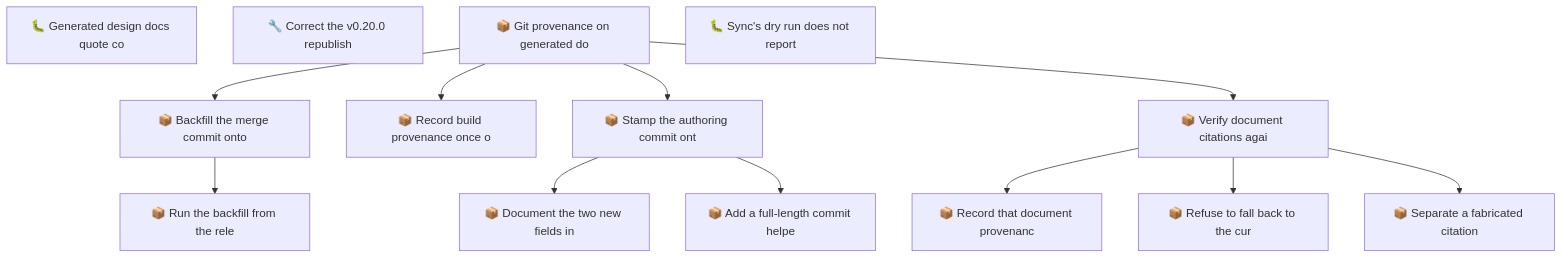
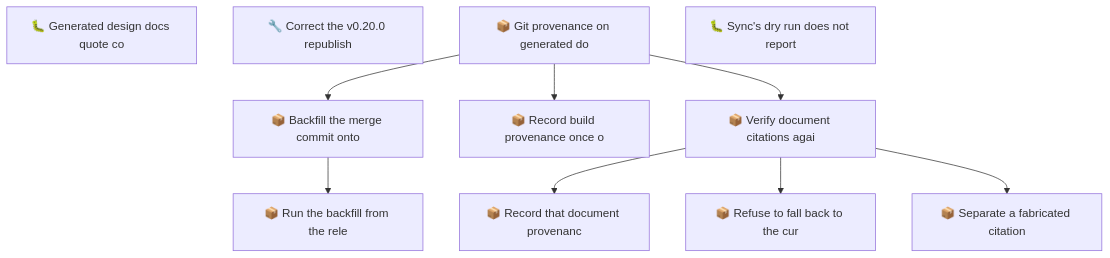
One commit to SpillwaveSolutions/wiki_ticket_sdd changed the second of 2 diagrams in docs/roadmap.md. Above: the diagram before and after it, drawn with Mermaid. The commit also changed other lines of this file and 19 other files, not shown here.

````diff
--- a/docs/roadmap.md
+++ b/docs/roadmap.md
@@ -96,27 +87,21 @@
 ```mermaid
 graph TD
     01KZ2M75CEXBQHFN1AG1Z8A2YB["🐛 Generated design docs quote co"]
     01KZ2PJZF067ZS4YW231C1FM28["🔧 Correct the v0.20.0 republish"]
     01KZ30X6HZ6FKJXJX386J44CB1["📦 Git provenance on generated do"]
     01KZ30X6JE0QSQF6BE8S0YRPBW["📦 Backfill the merge commit onto"]
     01KZ30X6JE1ERVS43QVXEEGVXA["📦 Record build provenance once o"]
     01KZ30X6JE8542ERDW1B8A9P8H["📦 Run the backfill from the rele"]
     01KZ30X6JEBXN08HQTQ77ESSTV["📦 Record that document provenanc"]
-    01KZ30X6JECK0M9G04ZHMS4SMA["📦 Stamp the authoring commit ont"]
     01KZ30X6JEETVQZG7YYFM7B998["📦 Refuse to fall back to the cur"]
     01KZ30X6JEF29Z5AEEWXBSJWHV["📦 Verify document citations agai"]
-    01KZ30X6JEH1Z7D5AC5ZAMM5V8["📦 Document the two new fields in"]
     01KZ30X6JEWCD74E81Y555DAYP["📦 Separate a fabricated citation"]
-    01KZ30X6JEXH4TTKHDNV3ZW0Q2["📦 Add a full-length commit helpe"]
     01KZ31DGAQ2YDP6RMEMVNAWABH["🐛 Sync's dry run does not report"]
     01KZ30X6HZ6FKJXJX386J44CB1 --> 01KZ30X6JE0QSQF6BE8S0YRPBW
     01KZ30X6HZ6FKJXJX386J44CB1 --> 01KZ30X6JE1ERVS43QVXEEGVXA
     01KZ30X6JE0QSQF6BE8S0YRPBW --> 01KZ30X6JE8542ERDW1B8A9P8H
     01KZ30X6JEF29Z5AEEWXBSJWHV --> 01KZ30X6JEBXN08HQTQ77ESSTV
-    01KZ30X6HZ6FKJXJX386J44CB1 --> 01KZ30X6JECK0M9G04ZHMS4SMA
     01KZ30X6JEF29Z5AEEWXBSJWHV --> 01KZ30X6JEETVQZG7YYFM7B998
     01KZ30X6HZ6FKJXJX386J44CB1 --> 01KZ30X6JEF29Z5AEEWXBSJWHV
-    01KZ30X6JECK0M9G04ZHMS4SMA --> 01KZ30X6JEH1Z7D5AC5ZAMM5V8
     01KZ30X6JEF29Z5AEEWXBSJWHV --> 01KZ30X6JEWCD74E81Y555DAYP
-    01KZ30X6JECK0M9G04ZHMS4SMA --> 01KZ30X6JEXH4TTKHDNV3ZW0Q2
 ```
````
